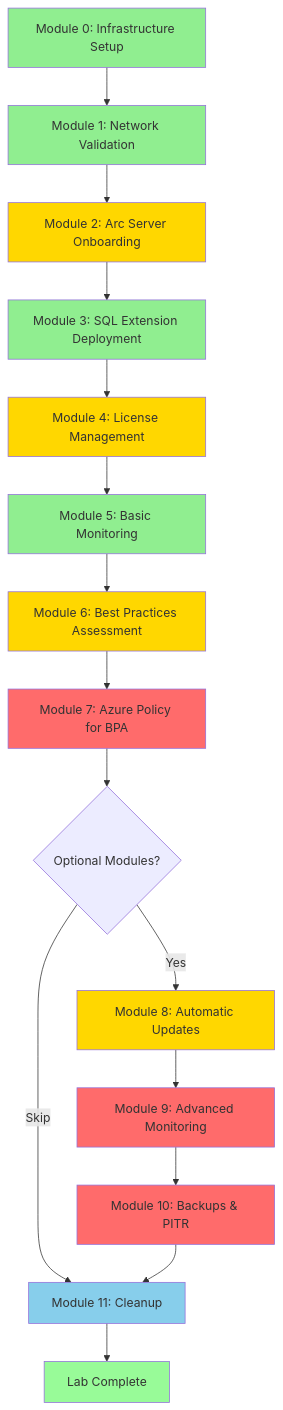
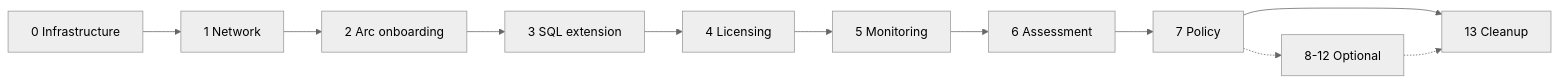
The diagram in arc-sql-hands-on-lab/README.md (jonathan-vella/azure-arc-enabled-sql-server), drawn with Mermaid before and after one commit. The commit also changed other lines of this file and 20 other files, not shown here.

First line of the commit message:
Split hands-on lab into per-module files and add modules 11 and 12

````diff
--- a/arc-sql-hands-on-lab/README.md
+++ b/arc-sql-hands-on-lab/README.md
@@ -216,34 +75,14 @@
 ```mermaid
-graph TD
-    A[Module 0: Infrastructure Setup] --> B[Module 1: Network Validation]
-    B --> C[Module 2: Arc Server Onboarding]
-    C --> D[Module 3: SQL Extension Deployment]
-    D --> E[Module 4: License Management]
-    E --> F[Module 5: Basic Monitoring]
-    F --> G[Module 6: Best Practices Assessment]
-    G --> H[Module 7: Azure Policy for BPA]
-    
-    H --> I{Optional Modules?}
-    I -->|Yes| J[Module 8: Automatic Updates]
-    I -->|Skip| N[Module 11: Cleanup]
-    
-    J --> K[Module 9: Advanced Monitoring]
-    K --> L[Module 10: Backups & PITR]
-    L --> N
-    
-    N --> O[Lab Complete]
-    
-    style A fill:#90EE90
-    style B fill:#90EE90
-    style C fill:#FFD700
-    style D fill:#90EE90
-    style E fill:#FFD700
-    style F fill:#90EE90
-    style G fill:#FFD700
-    style H fill:#FF6B6B
-    style J fill:#FFD700
-    style K fill:#FF6B6B
-    style L fill:#FF6B6B
-    style N fill:#87CEEB
-    style O fill:#98FB98
+%%{init: {'theme':'neutral'}}%%
+flowchart LR
+    A[0 Infrastructure] --> B[1 Network]
+    B --> C[2 Arc onboarding]
+    C --> D[3 SQL extension]
+    D --> E[4 Licensing]
+    E --> F[5 Monitoring]
+    F --> G[6 Assessment]
+    G --> H[7 Policy]
+    H -.-> I[8-12 Optional]
+    H --> J[13 Cleanup]
+    I -.-> J
 ```
````
